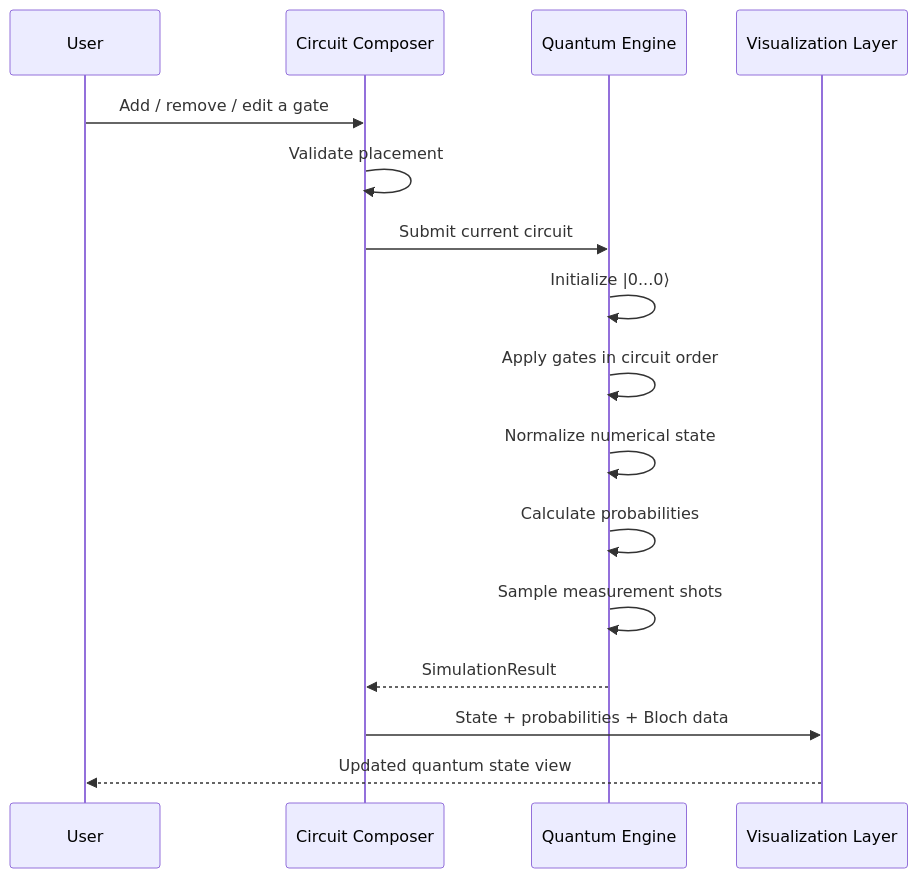
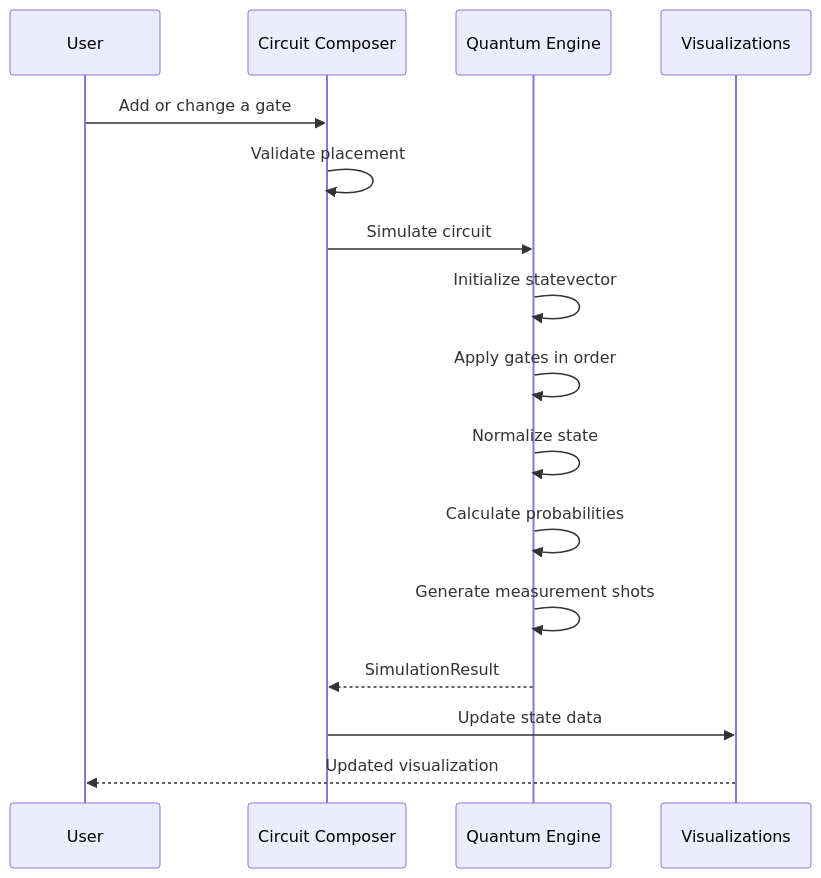
The third of 5 diagrams in README.md (chamanvashishth/Qubit_Lab), drawn with Mermaid before and after one commit. The commit also changed other lines of this file, not shown here.

````diff
--- a/README.md
+++ b/README.md
@@ -253,19 +304,19 @@
 ```mermaid
 sequenceDiagram
     participant User
     participant Composer as Circuit Composer
     participant Engine as Quantum Engine
-    participant Visualizer as Visualization Layer
+    participant UI as Visualizations
 
-    User->>Composer: Add / remove / edit a gate
+    User->>Composer: Add or change a gate
     Composer->>Composer: Validate placement
-    Composer->>Engine: Submit current circuit
-    Engine->>Engine: Initialize |0...0⟩
-    Engine->>Engine: Apply gates in circuit order
-    Engine->>Engine: Normalize numerical state
+    Composer->>Engine: Simulate circuit
+    Engine->>Engine: Initialize statevector
+    Engine->>Engine: Apply gates in order
+    Engine->>Engine: Normalize state
     Engine->>Engine: Calculate probabilities
-    Engine->>Engine: Sample measurement shots
+    Engine->>Engine: Generate measurement shots
     Engine-->>Composer: SimulationResult
-    Composer->>Visualizer: State + probabilities + Bloch data
-    Visualizer-->>User: Updated quantum state view
+    Composer->>UI: Update state data
+    UI-->>User: Updated visualization
 ```
````
